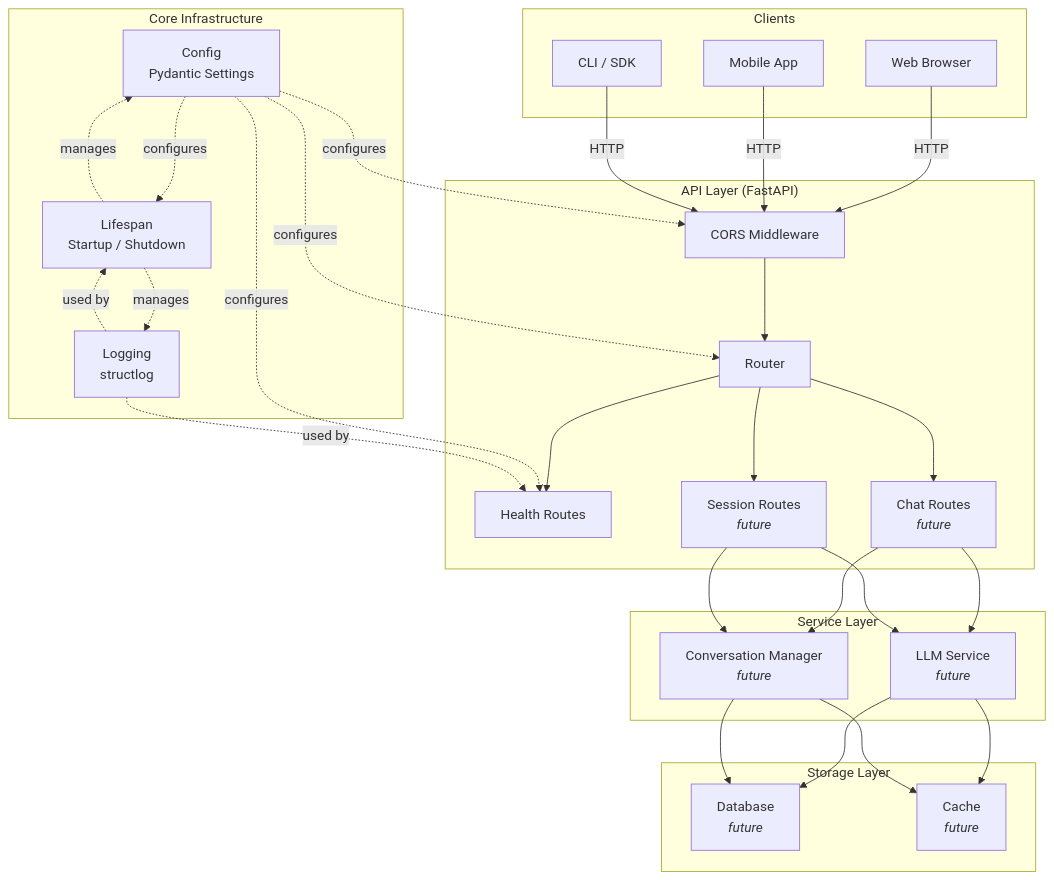
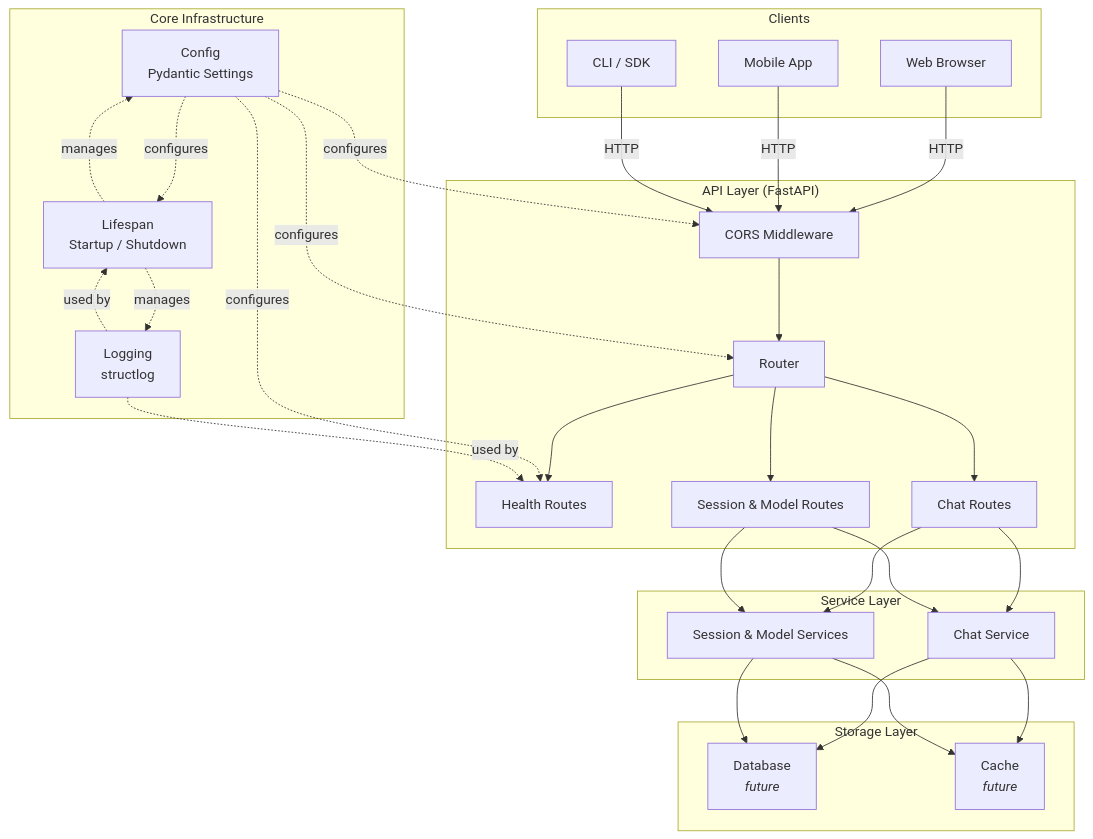
One commit to Basilbaasi/openmind-ai-platform changed the first of 5 diagrams in docs/architecture.md. Above: the diagram before and after it, drawn with Mermaid. The commit also changed other lines of this file and 24 other files, not shown here.

````diff
--- a/docs/architecture.md
+++ b/docs/architecture.md
@@ -13,41 +13,41 @@
 ```mermaid
 graph TB
     subgraph Clients
         A[Web Browser]
         B[Mobile App]
         C[CLI / SDK]
     end
 
     subgraph API["API Layer (FastAPI)"]
         D[CORS Middleware]
         E[Router]
         F[Health Routes]
-        G[Chat Routes<br/><i>future</i>]
-        H[Session Routes<br/><i>future</i>]
+        G[Chat Routes]
+        H[Session & Model Routes]
     end
 
     subgraph Services["Service Layer"]
-        I[LLM Service<br/><i>future</i>]
-        J[Conversation Manager<br/><i>future</i>]
+        I[Chat Service]
+        J[Session & Model Services]
     end
 
     subgraph Storage["Storage Layer"]
         K[Database<br/><i>future</i>]
         L[Cache<br/><i>future</i>]
     end
 
     subgraph Core["Core Infrastructure"]
         M[Config<br/>Pydantic Settings]
         N[Logging<br/>structlog]
         O[Lifespan<br/>Startup / Shutdown]
     end
 
     A & B & C -->|HTTP| D
     D --> E
     E --> F & G & H
     G & H --> I & J
     I & J --> K & L
     M -.->|configures| D & E & F & O
     N -.->|used by| F & O
     O -.->|manages| M & N
 ```
````
